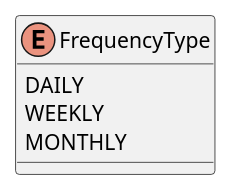
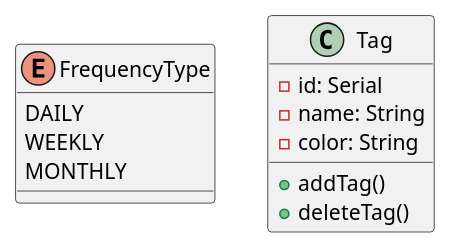
The diagram in models.puml (ZDenizYStenhaug/swe573-Project), drawn with PlantUML before and after one commit. The commit also changed 1 other file, not shown here.

```diff
--- a/models.puml
+++ b/models.puml
@@ -1,5 +1,17 @@
+@startuml
 enum FrequencyType {
     DAILY
     WEEKLY
     MONTHLY
 }
+
+
+class Tag {
+    -id: Serial
+    -name: String
+    -color: String
+
+    +addTag()
+    +deleteTag()
+}
+@enduml
```
